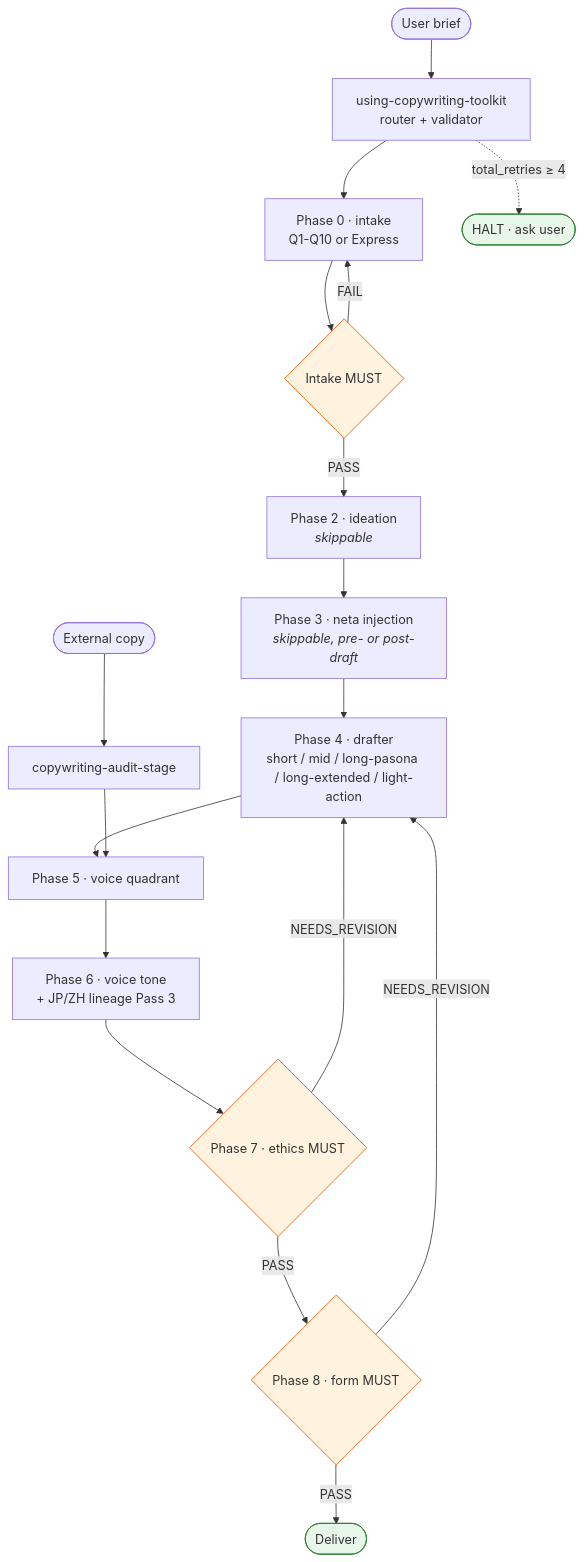
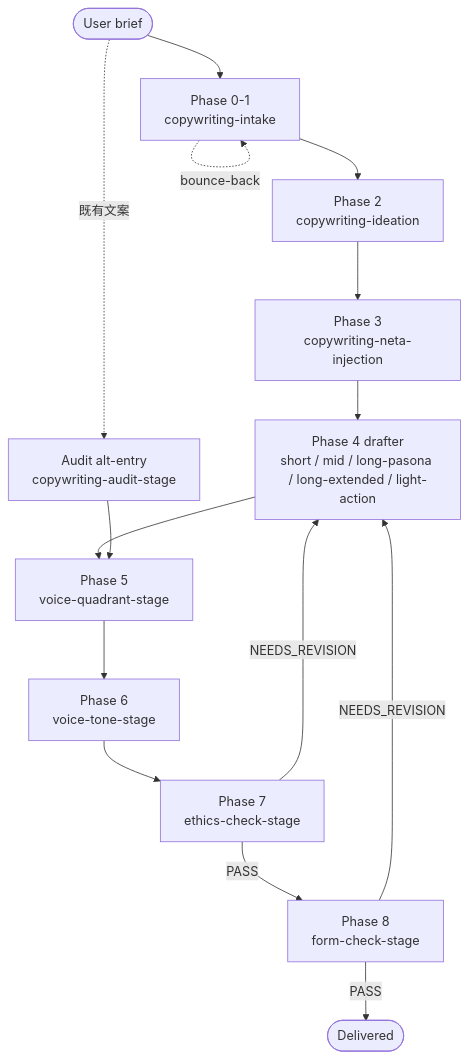
Before and after one commit to kouko/monkey-skills: the diagram in copywriting-toolkit/README.zh-TW.md, drawn with Mermaid. The commit also changed other lines of this file and 26 other files, not shown here.

````diff
--- a/copywriting-toolkit/README.zh-TW.md
+++ b/copywriting-toolkit/README.zh-TW.md
@@ -42,28 +43,17 @@
 ```mermaid
 flowchart TD
-    Start([User brief]) --> Router[using-copywriting-toolkit<br/>router + validator]
-    Alt([External copy]) --> Audit[copywriting-audit-stage]
-
-    Router --> P0[Phase 0 · intake<br/>Q1-Q10 or Express]
-    P0 --> G0{Intake MUST}
-    G0 -->|PASS| P2[Phase 2 · ideation<br/><i>skippable</i>]
-    G0 -->|FAIL| P0
-    P2 --> P3[Phase 3 · neta injection<br/><i>skippable, pre- or post-draft</i>]
-    P3 --> P4[Phase 4 · drafter<br/>short / mid / long-pasona / long-extended / light-action]
-    P4 --> P5[Phase 5 · voice quadrant]
-    P5 --> P6[Phase 6 · voice tone<br/>+ JP/ZH lineage Pass 3]
-    P6 --> P7{Phase 7 · ethics MUST}
-    P7 -->|PASS| P8{Phase 8 · form MUST}
-    P7 -->|NEEDS_REVISION| P4
-    P8 -->|PASS| Deliver([Deliver])
-    P8 -->|NEEDS_REVISION| P4
-
-    Audit --> P5
-
-    Router -.->|total_retries ≥ 4| Halt([HALT · ask user])
-
-    classDef gate fill:#fff3e0,stroke:#e65100
-    classDef exit fill:#e8f5e9,stroke:#2e7d32
-    class G0,P7,P8 gate
-    class Deliver,Halt exit
+    R([User brief]) --> I[Phase 0-1<br/>copywriting-intake]
+    R -. 既有文案 .-> A[Audit alt-entry<br/>copywriting-audit-stage]
+    I --> ID[Phase 2<br/>copywriting-ideation]
+    ID --> N[Phase 3<br/>copywriting-neta-injection]
+    N --> D[Phase 4 drafter<br/>short / mid / long-pasona / long-extended / light-action]
+    D --> VQ[Phase 5<br/>voice-quadrant-stage]
+    VQ --> VT[Phase 6<br/>voice-tone-stage]
+    VT --> E[Phase 7<br/>ethics-check-stage]
+    E -- NEEDS_REVISION --> D
+    E -- PASS --> F[Phase 8<br/>form-check-stage]
+    F -- NEEDS_REVISION --> D
+    F -- PASS --> OUT([Delivered])
+    A --> VQ
+    I -. bounce-back .-> I
 ```
````
